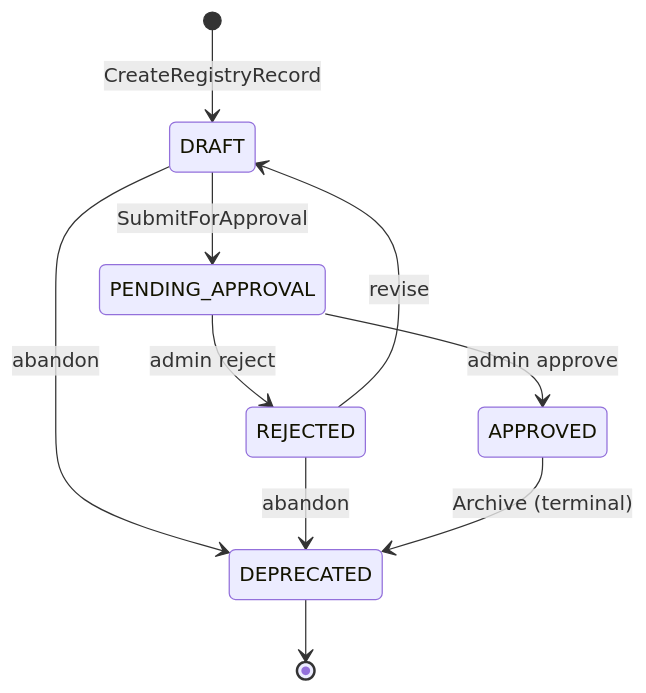
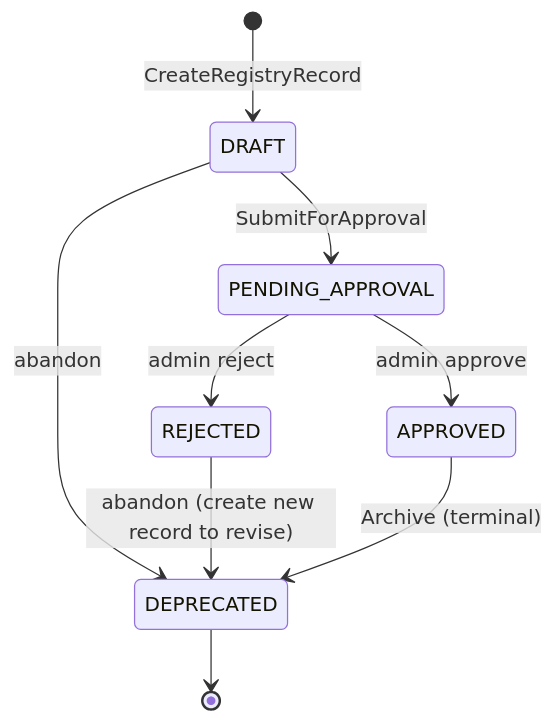
Before and after one commit to aws-samples/sample-citadel: the diagram in docs/AGENT_RECORDS.md, drawn with Mermaid. The commit also changed other lines of this file and 1 other file, not shown here.

````diff
--- a/docs/AGENT_RECORDS.md
+++ b/docs/AGENT_RECORDS.md
@@ -250,12 +250,11 @@
 ```mermaid
 stateDiagram-v2
     [*] --> DRAFT: CreateRegistryRecord
     DRAFT --> PENDING_APPROVAL: SubmitForApproval
     DRAFT --> DEPRECATED: abandon
     PENDING_APPROVAL --> APPROVED: admin approve
     PENDING_APPROVAL --> REJECTED: admin reject
-    REJECTED --> DRAFT: revise
-    REJECTED --> DEPRECATED: abandon
+    REJECTED --> DEPRECATED: abandon (create new record to revise)
     APPROVED --> DEPRECATED: Archive (terminal)
     DEPRECATED --> [*]
 ```
````
